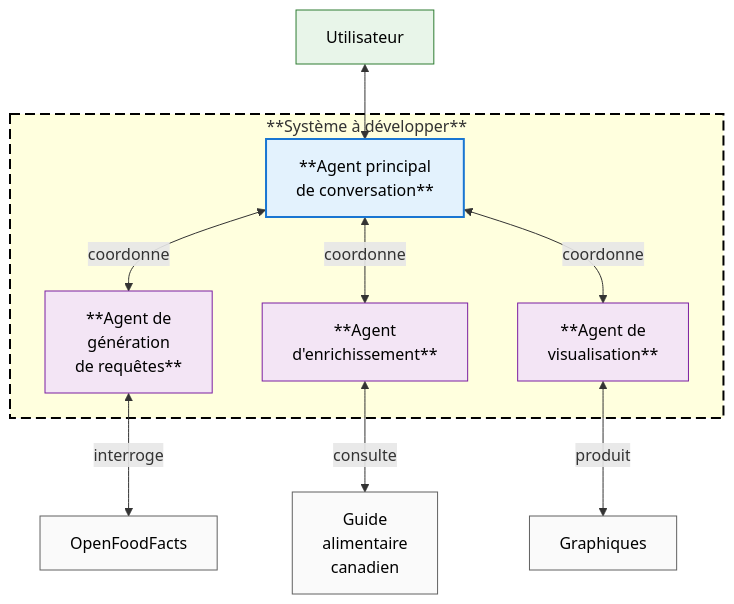
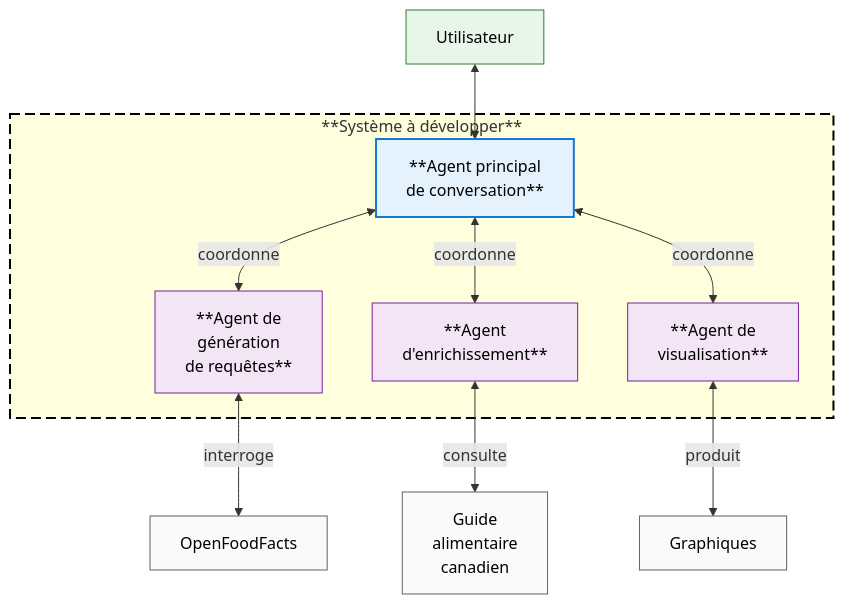
Before and after one commit to boisalai/ift-6005: the second of 2 diagrams in docs/markdown/plan.md, drawn with Mermaid.

````diff
--- a/docs/markdown/plan.md
+++ b/docs/markdown/plan.md
@@ -93,32 +93,35 @@
 ```mermaid
 graph TD
     %% Définition de classes avec texte en noir
     classDef main fill:#e3f2fd,stroke:#1976d2,color:#000000,stroke-width:2px
     classDef agent fill:#f3e5f5,stroke:#7b1fa2,color:#000000
     classDef resource fill:#fafafa,stroke:#616161,color:#000000
     classDef user fill:#e8f5e9,stroke:#2e7d32,color:#000000
     classDef system_border stroke:#000000,stroke-width:2px,stroke-dasharray:10 5
+    classDef invisible fill:none,stroke:none
 
     U["Utilisateur"] <--> MA
 
-    subgraph S[**Système à développer**<br>&nbsp;<br>&nbsp;]
+    subgraph S[**Système à développer**]
+        Space[ ]
         MA["**Agent principal<br>de conversation**"]
         A1["**Agent de<br>génération<br>de requêtes**"]
         A2["**Agent<br>d'enrichissement**"]
         A3["**Agent de<br>visualisation**"]
         
         MA <-->|coordonne| A1
         MA <-->|coordonne| A2
         MA <-->|coordonne| A3
     end
     
     A1 <-->|interroge| DB["OpenFoodFacts"]
     A2 <-->|consulte| GAC["Guide<br>alimentaire<br>canadien"]
     A3 <-->|produit| V["Graphiques"]
     
     class MA main
     class A1,A2,A3 agent
     class DB,GAC,V resource
     class U user
     class S system_border
+    class Space invisible
 ```
````
